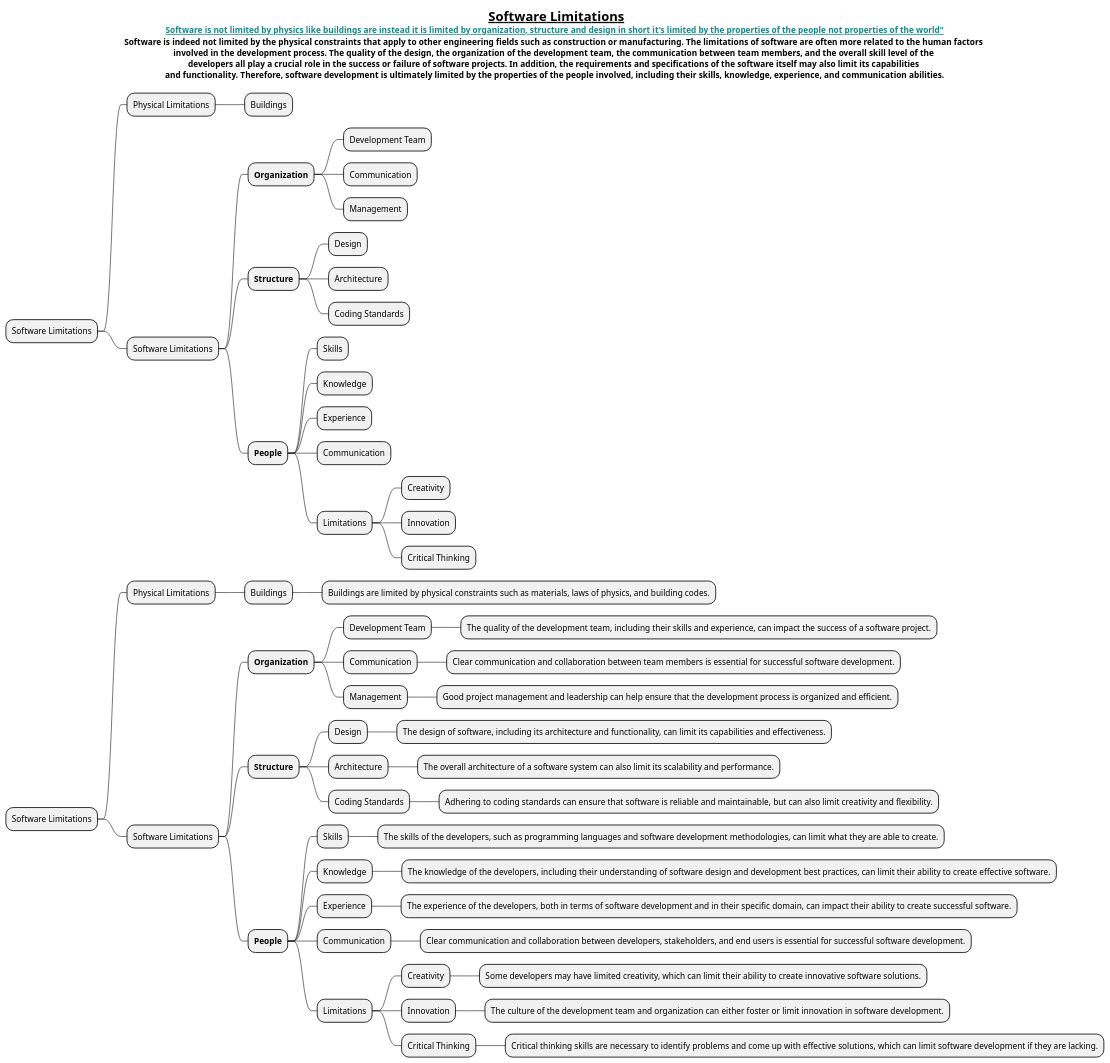
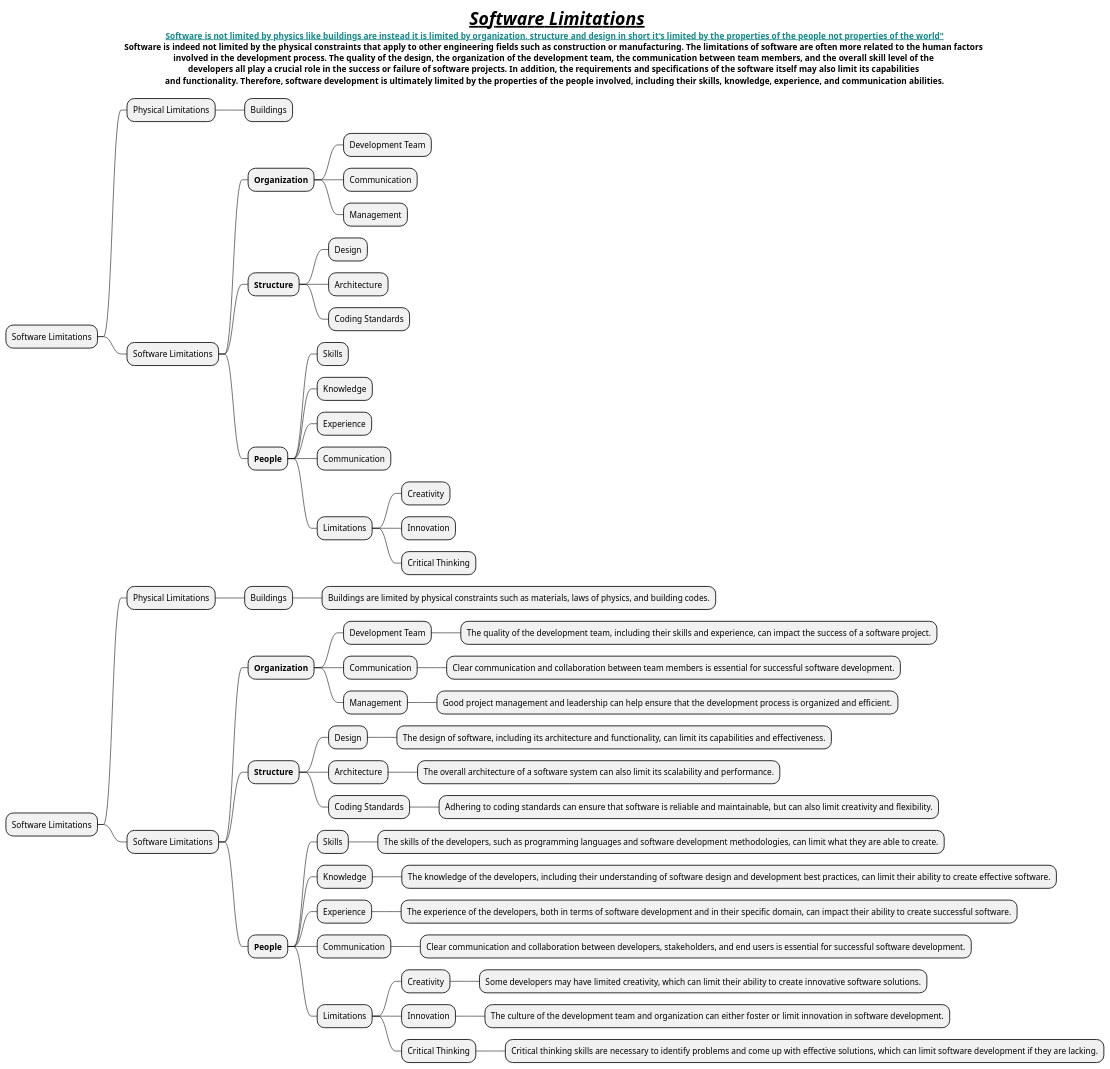
Before and after one commit to MehmoodHashmi/Documentation-as-Code-DaC: the diagram in docs/Requirement-Engineering/Software-Limitations.puml, drawn with PlantUML.

```diff
--- a/docs/Requirement-Engineering/Software-Limitations.puml
+++ b/docs/Requirement-Engineering/Software-Limitations.puml
@@ -1,64 +1,64 @@
 @startmindmap
 
-title =__ Software Limitations__\n<color #118888>**__Software is not limited by physics like buildings are instead it is limited by organization, structure and design in short it's limited by the properties of the people not properties of the world"__**</color>\nSoftware is indeed not limited by the physical constraints that apply to other engineering fields such as construction or manufacturing. The limitations of software are often more related to the human factors \ninvolved in the development process. The quality of the design, the organization of the development team, the communication between team members, and the overall skill level of the \ndevelopers all play a crucial role in the success or failure of software projects. In addition, the requirements and specifications of the software itself may also limit its capabilities \nand functionality. Therefore, software development is ultimately limited by the properties of the people involved, including their skills, knowledge, experience, and communication abilities.
+title =//**__ Software Limitations__**// \n<color #118888>**__Software is not limited by physics like buildings are instead it is limited by organization, structure and design in short it's limited by the properties of the people not properties of the world"__**</color>\nSoftware is indeed not limited by the physical constraints that apply to other engineering fields such as construction or manufacturing. The limitations of software are often more related to the human factors \ninvolved in the development process. The quality of the design, the organization of the development team, the communication between team members, and the overall skill level of the \ndevelopers all play a crucial role in the success or failure of software projects. In addition, the requirements and specifications of the software itself may also limit its capabilities \nand functionality. Therefore, software development is ultimately limited by the properties of the people involved, including their skills, knowledge, experience, and communication abilities.
 
 
 * Software Limitations
 ** Physical Limitations
 *** Buildings
 ** Software Limitations
 *** **Organization**
 **** Development Team
 **** Communication
 **** Management
 *** **Structure**
 **** Design
 **** Architecture
 **** Coding Standards
 *** **People**
 **** Skills
 **** Knowledge
 **** Experience
 **** Communication
 **** Limitations
 ***** Creativity
 ***** Innovation
 ***** Critical Thinking
 
 
 * Software Limitations
 ** Physical Limitations
 *** Buildings
 **** Buildings are limited by physical constraints such as materials, laws of physics, and building codes.
 ** Software Limitations
 *** **Organization**
 **** Development Team
 ***** The quality of the development team, including their skills and experience, can impact the success of a software project.
 **** Communication
 ***** Clear communication and collaboration between team members is essential for successful software development.
 **** Management
 ***** Good project management and leadership can help ensure that the development process is organized and efficient.
 *** **Structure**
 **** Design
 ***** The design of software, including its architecture and functionality, can limit its capabilities and effectiveness.
 **** Architecture
 ***** The overall architecture of a software system can also limit its scalability and performance.
 **** Coding Standards
 ***** Adhering to coding standards can ensure that software is reliable and maintainable, but can also limit creativity and flexibility.
 *** **People**
 **** Skills
 ***** The skills of the developers, such as programming languages and software development methodologies, can limit what they are able to create.
 **** Knowledge
 ***** The knowledge of the developers, including their understanding of software design and development best practices, can limit their ability to create effective software.
 **** Experience
 ***** The experience of the developers, both in terms of software development and in their specific domain, can impact their ability to create successful software.
 **** Communication
 ***** Clear communication and collaboration between developers, stakeholders, and end users is essential for successful software development.
 **** Limitations
 ***** Creativity
 ****** Some developers may have limited creativity, which can limit their ability to create innovative software solutions.
 ***** Innovation
 ****** The culture of the development team and organization can either foster or limit innovation in software development.
 ***** Critical Thinking
 ****** Critical thinking skills are necessary to identify problems and come up with effective solutions, which can limit software development if they are lacking.
 @endmindmap
```
